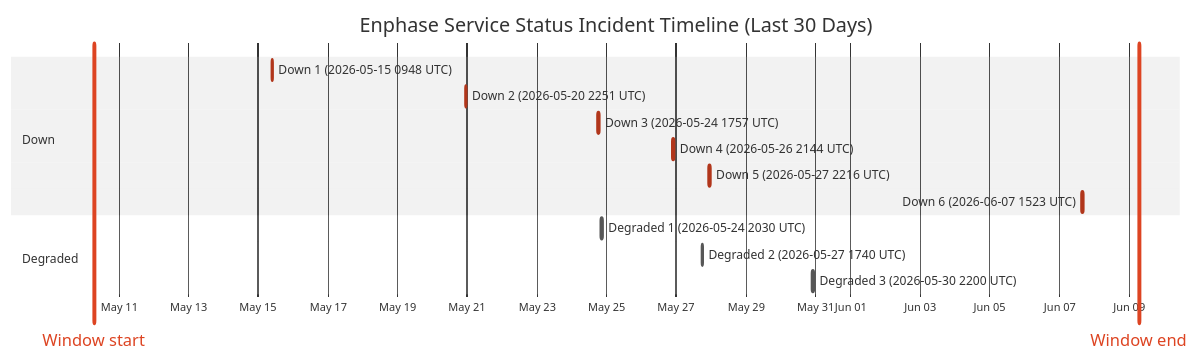
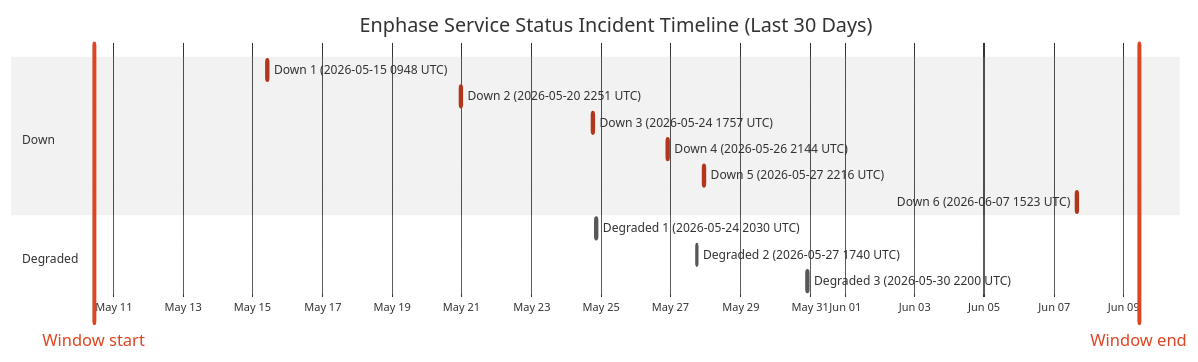
One commit to barneyonline/ha-enphase-energy changed the diagram in wiki/Service-Status-History.md. Above: the diagram before and after it, drawn with Mermaid (neutral theme). The commit also changed other lines of this file and 3 other files, not shown here.

````diff
--- a/wiki/Service-Status-History.md
+++ b/wiki/Service-Status-History.md
@@ -14,19 +14,19 @@
 ```mermaid
 gantt
     title Enphase Service Status Incident Timeline (Last 30 Days)
     dateFormat  YYYY-MM-DDTHH:mm:ss
     axisFormat  %b %d
-    Window start :vert, window-start, 2026-05-10T06:55:07, 0ms
-    Window end :vert, window-end, 2026-06-09T06:55:07, 0ms
+    Window start :vert, window-start, 2026-05-10T10:33:46, 0ms
+    Window end :vert, window-end, 2026-06-09T10:33:46, 0ms
     section Down
     Down 1 (2026-05-15 0948 UTC) :crit, down-1, 2026-05-15T09:48:18, 60m
     Down 2 (2026-05-20 2251 UTC) :crit, down-2, 2026-05-20T22:51:14, 75m
     Down 3 (2026-05-24 1757 UTC) :crit, down-3, 2026-05-24T17:57:41, 86m
     Down 4 (2026-05-26 2144 UTC) :crit, down-4, 2026-05-26T21:44:11, 85m
     Down 5 (2026-05-27 2216 UTC) :crit, down-5, 2026-05-27T22:16:53, 87m
     Down 6 (2026-06-07 1523 UTC) :crit, down-6, 2026-06-07T15:23:22, 87m
     section Degraded
     Degraded 1 (2026-05-24 2030 UTC) :active, degraded-1, 2026-05-24T20:30:57, 84m
     Degraded 2 (2026-05-27 1740 UTC) :active, degraded-2, 2026-05-27T17:40:52, 60m
     Degraded 3 (2026-05-30 2200 UTC) :active, degraded-3, 2026-05-30T22:00:37, 60m
 ```
````
